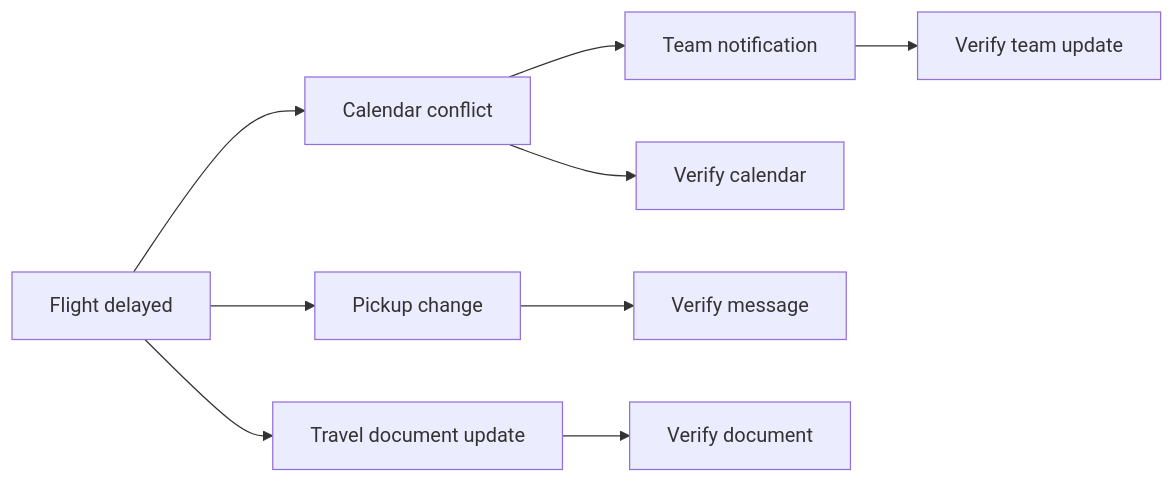
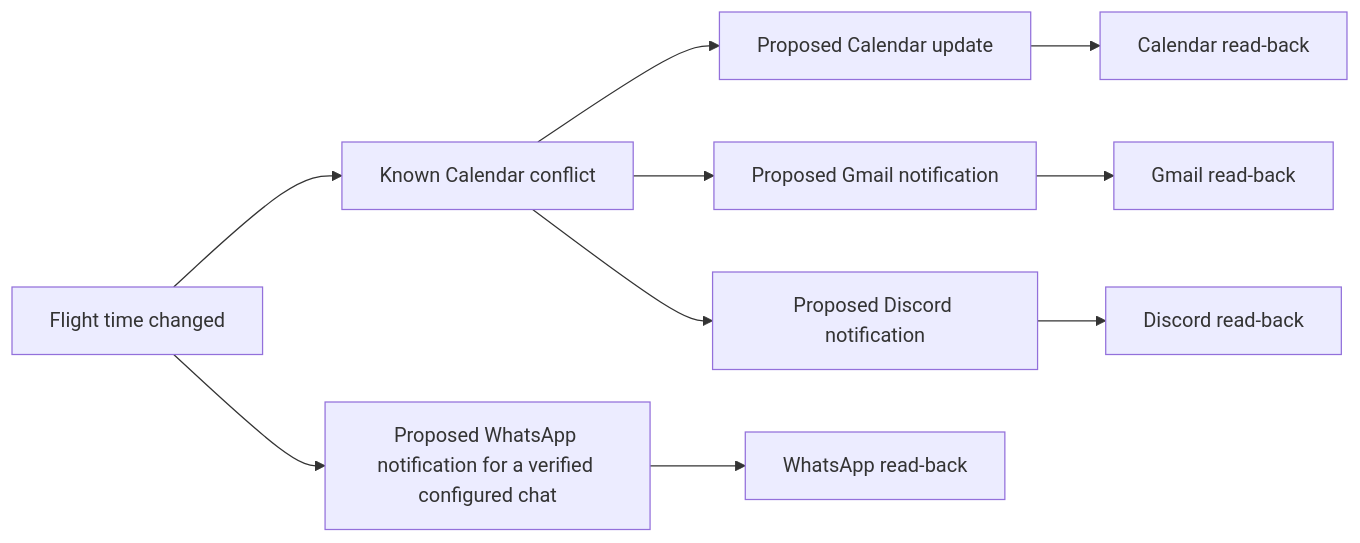
One commit to 9059Rohith/LIFE-OS changed the second of 2 diagrams in README.md. Above: the diagram before and after it, drawn with Mermaid. The commit also changed other lines of this file and 73 other files, not shown here.

````diff
--- a/README.md
+++ b/README.md
@@ -44,11 +46,12 @@
 ```mermaid
 flowchart LR
-  F[Flight delayed] --> M[Calendar conflict]
-  F --> P[Pickup change]
-  M --> T[Team notification]
-  F --> D[Travel document update]
-  M --> V[Verify calendar]
-  P --> W[Verify message]
-  T --> N[Verify team update]
-  D --> R[Verify document]
+  F[Flight time changed] --> M[Known Calendar conflict]
+  M --> C[Proposed Calendar update]
+  C --> V[Calendar read-back]
+  M --> G[Proposed Gmail notification]
+  M --> T[Proposed Discord notification]
+  F --> W[Proposed WhatsApp notification for a verified configured chat]
+  G --> GR[Gmail read-back]
+  T --> TR[Discord read-back]
+  W --> WR[WhatsApp read-back]
 ```
````
